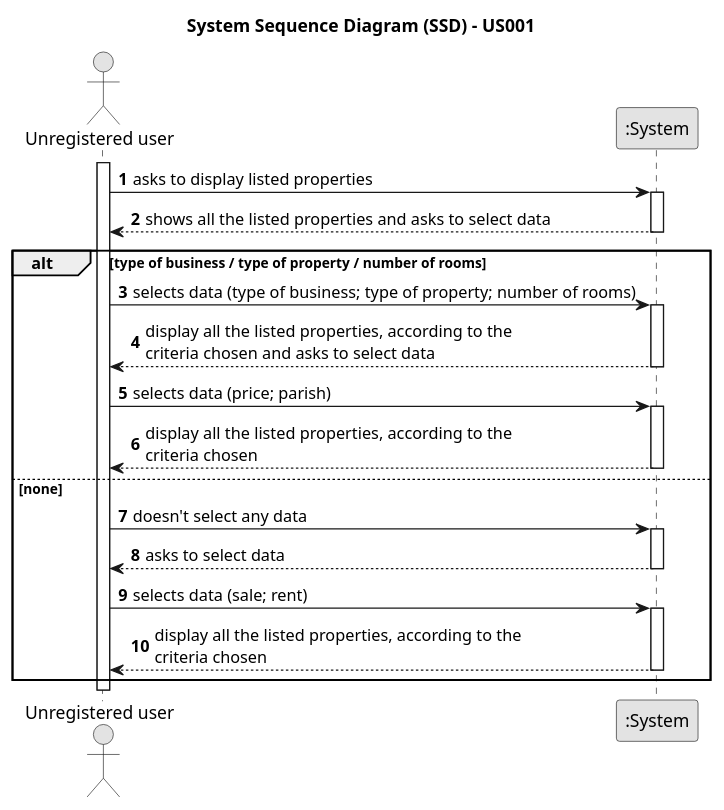
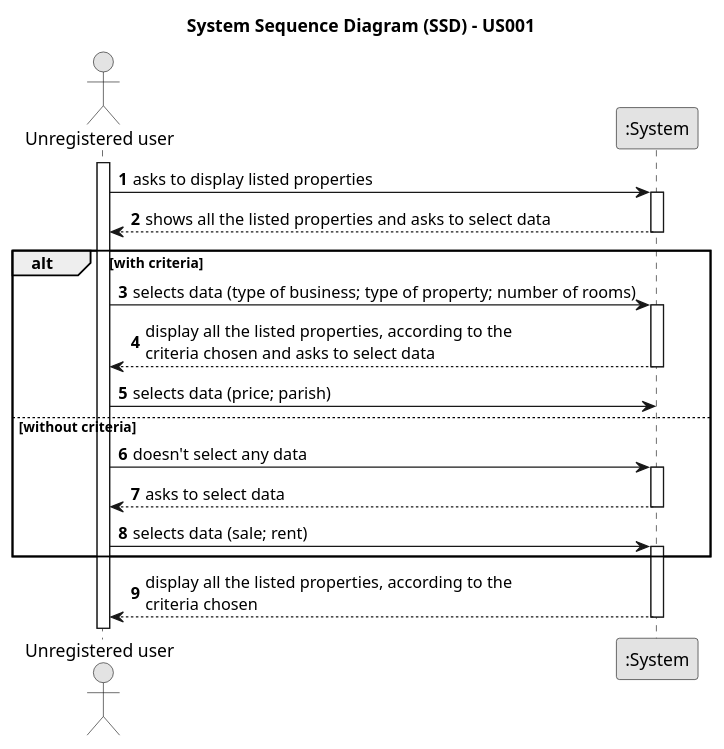
Before and after one commit to rita-barbosa/LAPR2-2223: the diagram in docs/sprintA/us001/01.requirements-engineering/puml/us001-system-sequence-diagram.puml, drawn with PlantUML. The commit also changed 6 other files, not shown here.

```diff
--- a/docs/sprintA/us001/01.requirements-engineering/puml/us001-system-sequence-diagram.puml
+++ b/docs/sprintA/us001/01.requirements-engineering/puml/us001-system-sequence-diagram.puml
@@ -1,52 +1,48 @@
 @startuml
 skinparam monochrome true
 skinparam packageStyle rectangle
 skinparam shadowing false
 
 title System Sequence Diagram (SSD) - US001
 
 autonumber
 
 actor "Unregistered user" as User
 participant ":System" as System
 
 activate User
 
     User -> System : asks to display listed properties
     activate System
 
         System --> User : shows all the listed properties and asks to select data
     deactivate System
 
-    alt type of business / type of property / number of rooms
+    alt with criteria
     User -> System : selects data (type of business; type of property; number of rooms)
     activate System
 
         System --> User : display all the listed properties, according to the \ncriteria chosen and asks to select data
     deactivate System
 
     User -> System : selects data (price; parish)
-        activate System
-
-           System --> User : display all the listed properties, according to the \ncriteria chosen
         deactivate System
 
-    else none
+    else without criteria
+
     User -> System : doesn't select any data
     activate System
 
        System --> User : asks to select data
     deactivate System
 
     User -> System : selects data (sale; rent)
     activate System
 
-       System --> User : display all the listed properties, according to the \ncriteria chosen
-    deactivate System
-
 end
 
-
+    System --> User : display all the listed properties, according to the \ncriteria chosen
+    deactivate System
 
 
 @enduml
```
